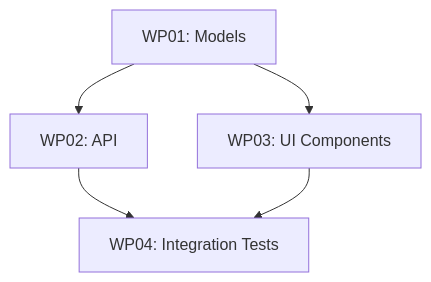
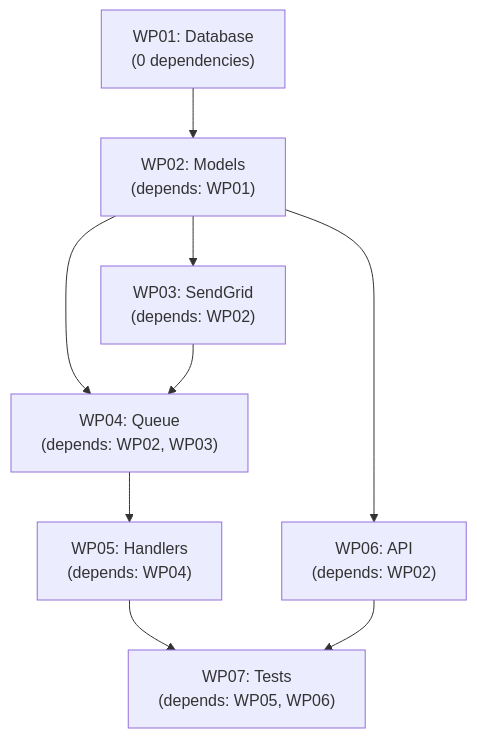
One commit to KooshaPari/AgilePlus changed the diagram in docs/workflow/tasks.md. Above: the diagram before and after it, drawn with Mermaid. The commit also changed other lines of this file and 47 other files, not shown here.

First line of the commit message:
docs: expand all 50+ doc pages with comprehensive content, mermaid diagrams

````diff
--- a/docs/workflow/tasks.md
+++ b/docs/workflow/tasks.md
@@ -45,7 +245,23 @@
 ```mermaid
 graph TD
-    WP01[WP01: Models] --> WP02[WP02: API]
-    WP01 --> WP03[WP03: UI Components]
-    WP02 --> WP04[WP04: Integration Tests]
+    WP01["WP01: Database<br/>(0 dependencies)"]
+
+    WP02["WP02: Models<br/>(depends: WP01)"]
+
+    WP03["WP03: SendGrid<br/>(depends: WP02)"]
+    WP04["WP04: Queue<br/>(depends: WP02, WP03)"]
+    WP06["WP06: API<br/>(depends: WP02)"]
+
+    WP05["WP05: Handlers<br/>(depends: WP04)"]
+
+    WP07["WP07: Tests<br/>(depends: WP05, WP06)"]
+
+    WP01 --> WP02
+    WP02 --> WP03
+    WP02 --> WP04
+    WP02 --> WP06
     WP03 --> WP04
+    WP04 --> WP05
+    WP05 --> WP07
+    WP06 --> WP07
 ```
````
